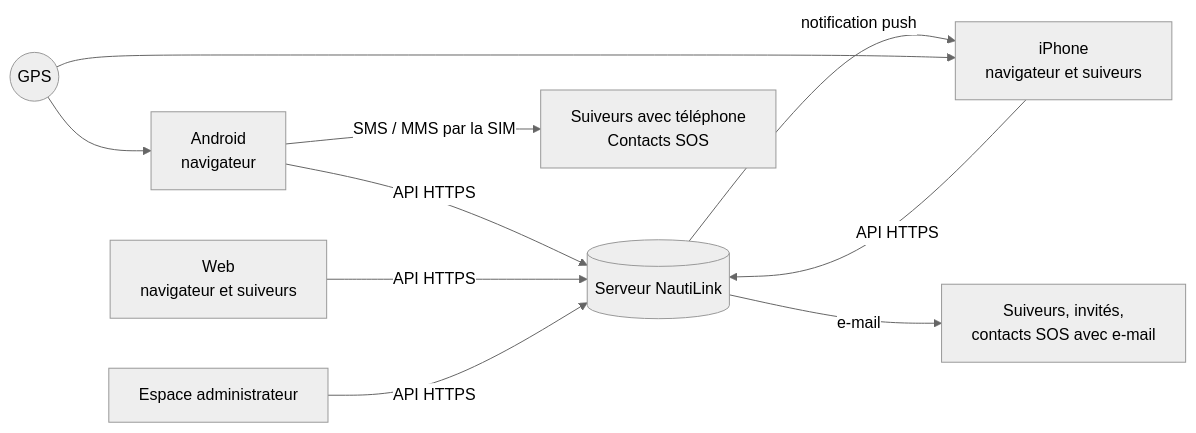
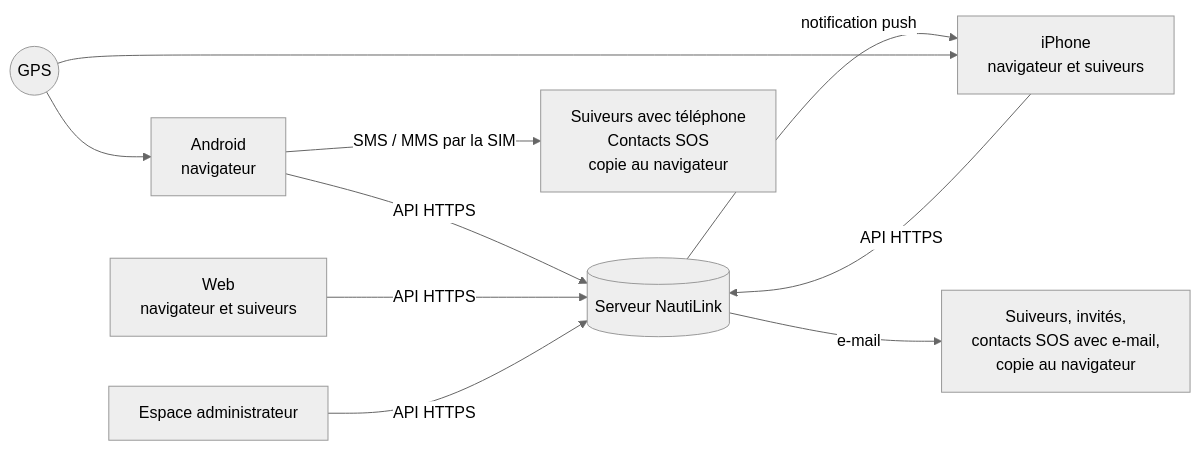
Before and after one commit to gmoulard/NautiLink: the diagram in docs/01-cahier-des-charges.md, drawn with Mermaid (neutral theme). The commit also changed 4 other files, not shown here.

First line of the commit message:
Copie au navigateur de tous les SMS et e-mails de notification

````diff
--- a/docs/01-cahier-des-charges.md
+++ b/docs/01-cahier-des-charges.md
@@ -46,12 +46,12 @@
 ```mermaid
 flowchart LR
   A[Android<br/>navigateur] -- API HTTPS --> S[(Serveur NautiLink)]
   I[iPhone<br/>navigateur et suiveurs] -- API HTTPS --> S
   S -- notification push --> I
   W[Web<br/>navigateur et suiveurs] -- API HTTPS --> S
   ADM[Espace administrateur] -- API HTTPS --> S
-  A -- SMS / MMS par la SIM --> D[Suiveurs avec téléphone<br/>Contacts SOS]
-  S -- e-mail --> E[Suiveurs, invités,<br/>contacts SOS avec e-mail]
+  A -- SMS / MMS par la SIM --> D[Suiveurs avec téléphone<br/>Contacts SOS<br/>copie au navigateur]
+  S -- e-mail --> E[Suiveurs, invités,<br/>contacts SOS avec e-mail,<br/>copie au navigateur]
   G((GPS)) --> A
   G --> I
 ```
````
